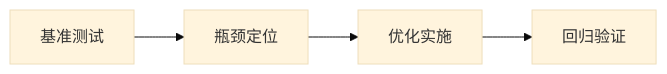
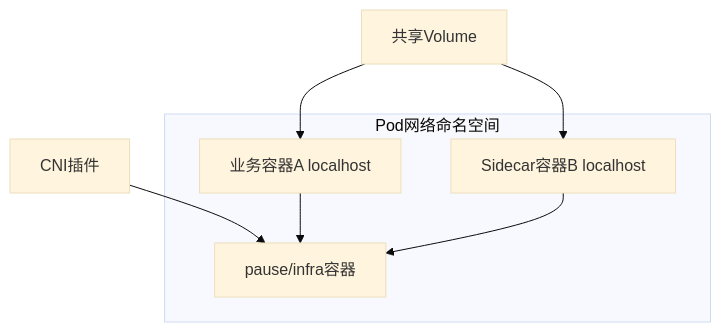
One commit to yanggan2015/knowledge-json-v2 changed the diagram in articles/Kubernetes/chapters/023-Pod的性能优化技巧.md. Above: the diagram before and after it, drawn with Mermaid (base theme). The commit also changed other lines of this file and 10127 other files, not shown here.

````diff
--- a/articles/Kubernetes/chapters/023-Pod的性能优化技巧.md
+++ b/articles/Kubernetes/chapters/023-Pod的性能优化技巧.md
@@ -45,10 +30,13 @@
 ```mermaid
-flowchart LR
-    S0[基准测试]
-    S1[瓶颈定位]
-    S2[优化实施]
-    S3[回归验证]
-    S0 --> S1
-    S1 --> S2
-    S2 --> S3
+graph TB
+    subgraph Pod网络命名空间
+        P[pause/infra容器]
+        A[业务容器A localhost]
+        B[Sidecar容器B localhost]
+    end
+    CNI[CNI插件] --> P
+    A --> P
+    B --> P
+    Vol[共享Volume] --> A
+    Vol --> B
 ```
````
